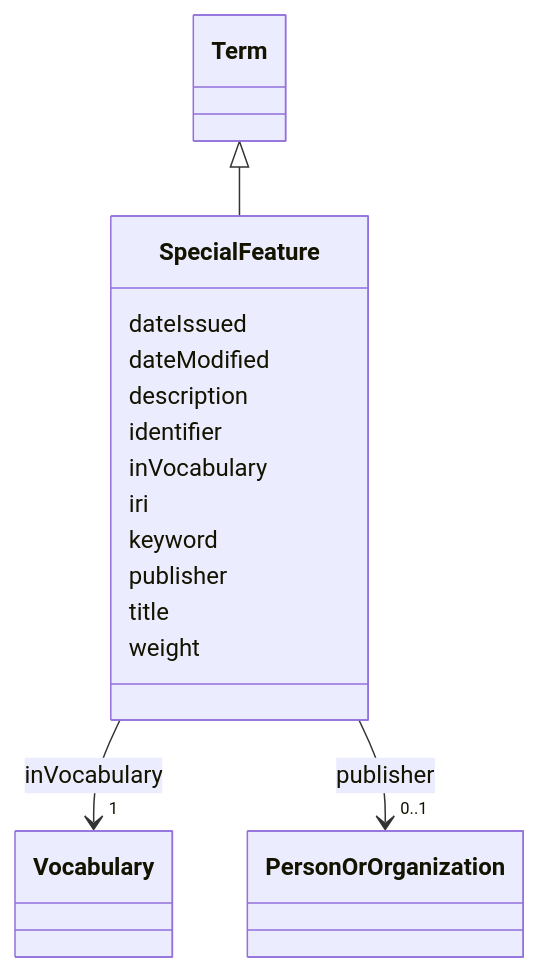
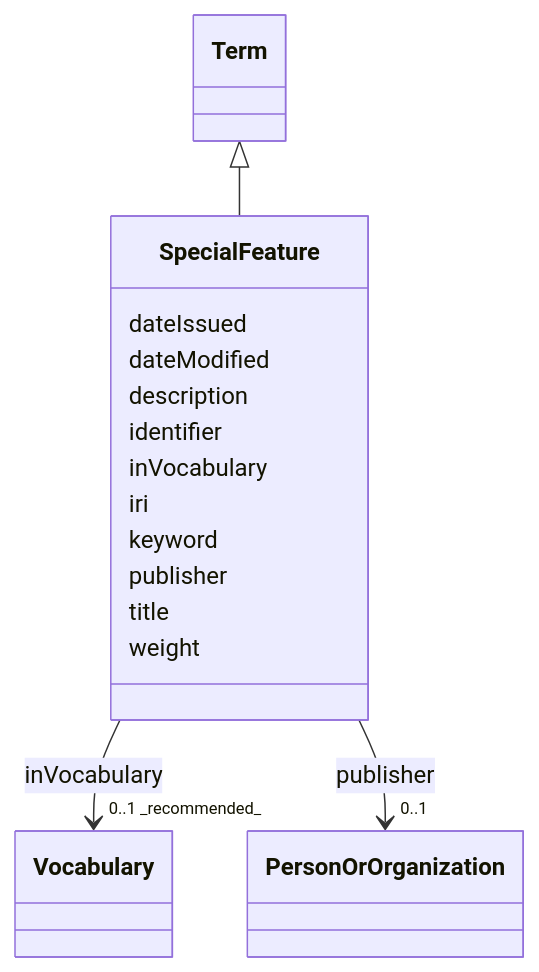
Before and after one commit to EVORA-project/evora-ontology: the diagram in models/docs/SpecialFeature.md, drawn with Mermaid. The commit also changed other lines of this file and 307 other files, not shown here.

````diff
--- a/models/docs/SpecialFeature.md
+++ b/models/docs/SpecialFeature.md
@@ -19,43 +19,43 @@
 ```mermaid
  classDiagram
     class SpecialFeature
     click SpecialFeature href "../SpecialFeature"
       Term <|-- SpecialFeature
         click Term href "../Term"
       
       SpecialFeature : dateIssued
         
       SpecialFeature : dateModified
         
       SpecialFeature : description
         
       SpecialFeature : identifier
         
       SpecialFeature : inVocabulary
         
           
     
     
-    SpecialFeature --> "1" Vocabulary : inVocabulary
+    SpecialFeature --> "0..1 _recommended_" Vocabulary : inVocabulary
     click Vocabulary href "../Vocabulary"
 
         
       SpecialFeature : iri
         
       SpecialFeature : keyword
         
       SpecialFeature : publisher
         
           
     
     
     SpecialFeature --> "0..1" PersonOrOrganization : publisher
     click PersonOrOrganization href "../PersonOrOrganization"
 
         
       SpecialFeature : title
         
       SpecialFeature : weight
         
       
 ```
````
